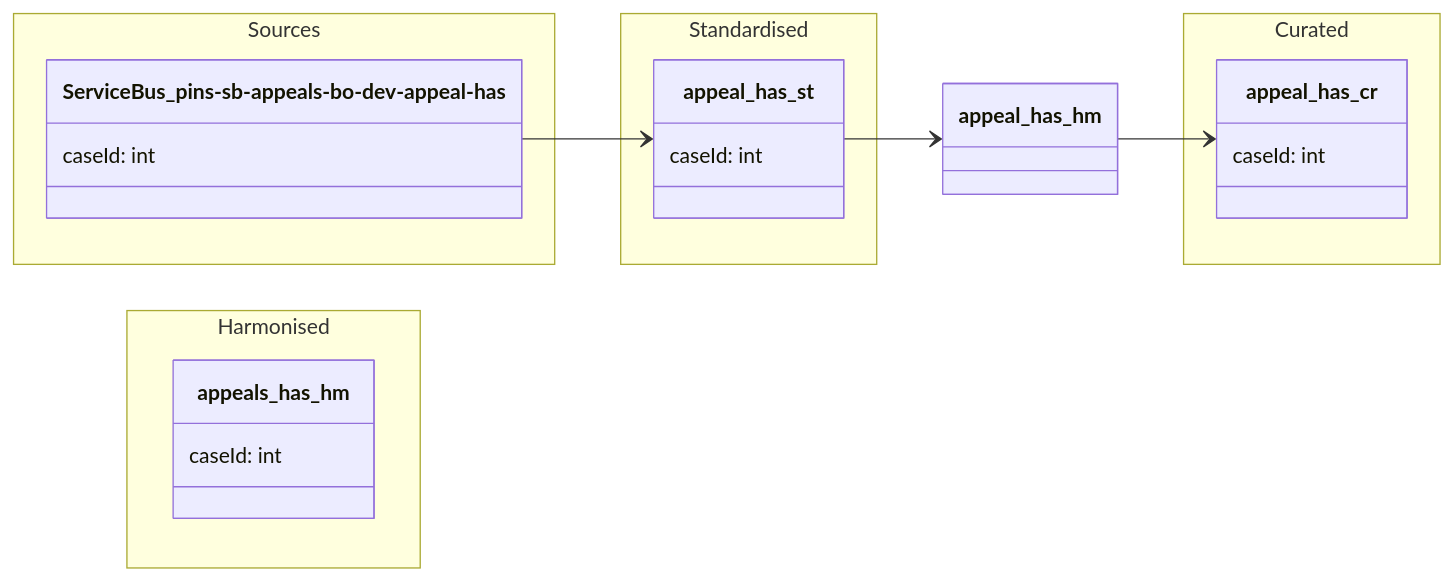
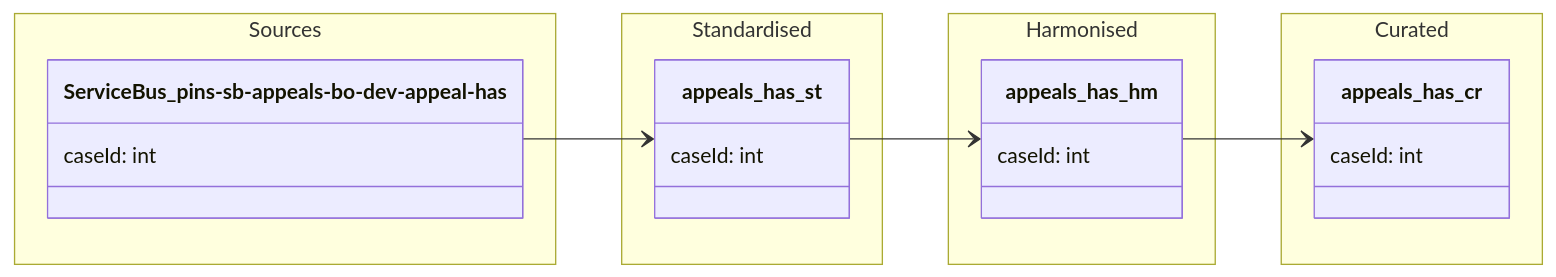
The diagram in data-models/appeal-has.md (Planning-Inspectorate/ODW-Service), drawn with Mermaid before and after one commit. The commit also changed other lines of this file, not shown here.

Commit message:
Appeals-has data model

````diff
--- a/data-models/appeal-has.md
+++ b/data-models/appeal-has.md
@@ -7,43 +7,43 @@
 ```mermaid
 
 classDiagram
 
     direction LR
 
     namespace Sources {
 
         class ServiceBus_pins-sb-appeals-bo-dev-appeal-has {
             caseId: int
         }
 
     }
     
     namespace Standardised {
 
-        class appeal_has_st {
+        class appeals_has_st {
             caseId: int
         }
     }
 
     namespace Harmonised {
 
         class appeals_has_hm {
             caseId: int
         }
 
     }
 
     namespace Curated {
 
-        class appeal_has_cr {
+        class appeals_has_cr {
             caseId: int
         }
 
     }
 
-`ServiceBus_pins-sb-appeals-bo-dev-appeal-has` --> `appeal_has_st`
-`appeal_has_st` --> `appeal_has_hm`
-`appeal_has_hm` --> `appeal_has_cr`
+`ServiceBus_pins-sb-appeals-bo-dev-appeal-has` --> `appeals_has_st`
+`appeals_has_st` --> `appeals_has_hm`
+`appeals_has_hm` --> `appeals_has_cr`
 
 
 ```
````
